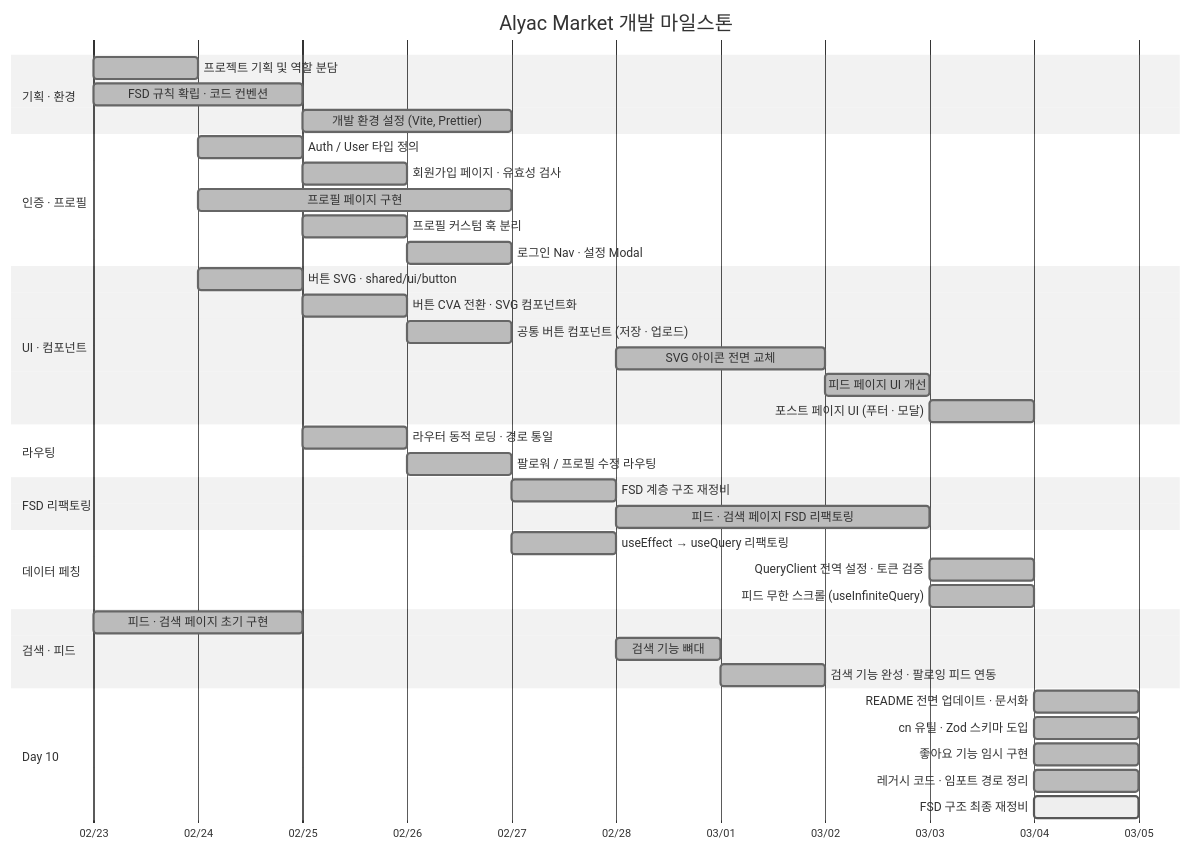
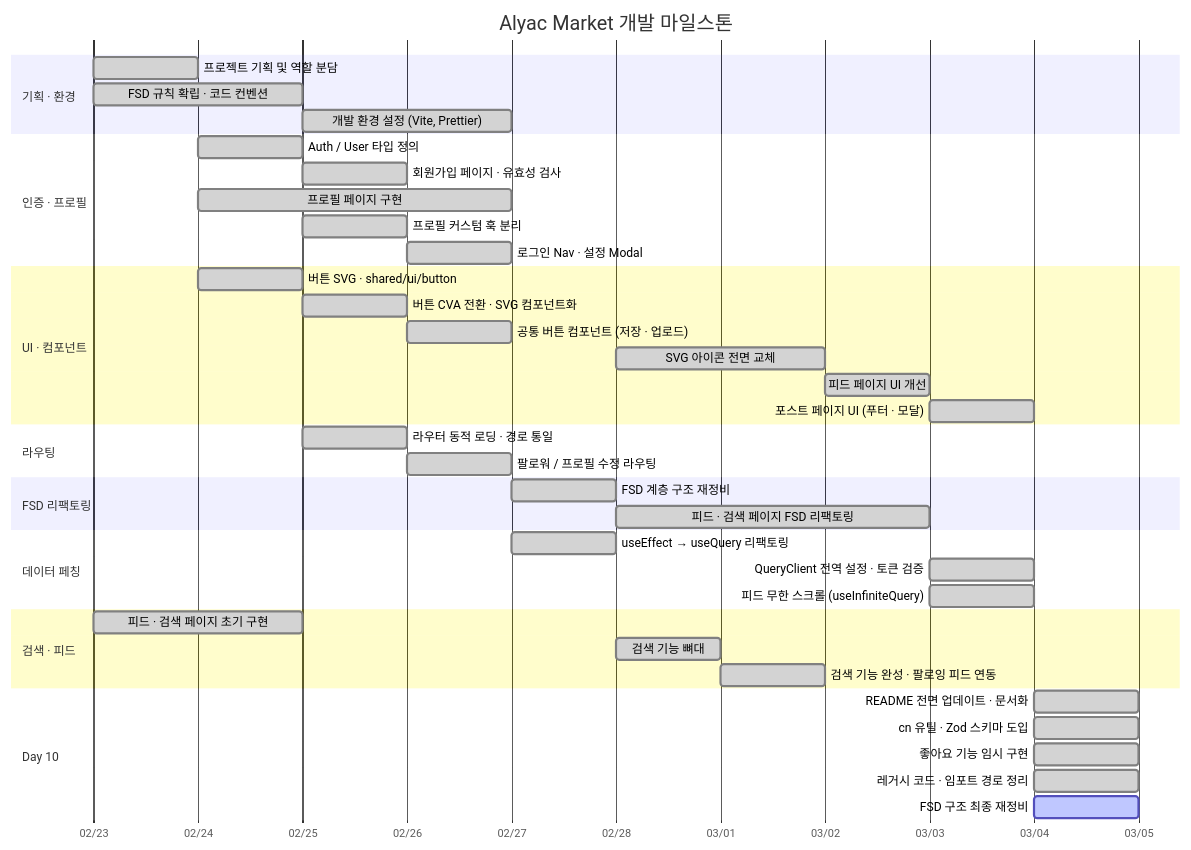
The first of 2 diagrams in README.md (3rd-project-team-1/ALYAC-market-team1), drawn with Mermaid before and after one commit.

Commit message:
docs:readme - 머메이드 수정중

````diff
--- a/README.md
+++ b/README.md
@@ -20,52 +20,51 @@
 ```mermaid
-%%{init: { 'theme': 'neutral' } }%%
 gantt
     title Alyac Market 개발 마일스톤
     dateFormat  YYYY-MM-DD
     axisFormat  %m/%d
 
     section 기획 · 환경
     프로젝트 기획 및 역할 분담          :done, d1,   2026-02-23, 1d
     FSD 규칙 확립 · 코드 컨벤션         :done, d1b,  2026-02-23, 2d
     개발 환경 설정 (Vite, Prettier)     :done, d3,   2026-02-25, 2d
 
     section 인증 · 프로필
     Auth / User 타입 정의               :done, d2a,  2026-02-24, 1d
     회원가입 페이지 · 유효성 검사        :done, d3a,  2026-02-25, 1d
     프로필 페이지 구현                   :done, d2b,  2026-02-24, 3d
     프로필 커스텀 훅 분리                :done, d3b,  2026-02-25, 1d
     로그인 Nav · 설정 Modal             :done, d4a,  2026-02-26, 1d
 
     section UI · 컴포넌트
     버튼 SVG · shared/ui/button         :done, d2c,  2026-02-24, 1d
     버튼 CVA 전환 · SVG 컴포넌트화      :done, d3c,  2026-02-25, 1d
     공통 버튼 컴포넌트 (저장 · 업로드)  :done, d4b,  2026-02-26, 1d
     SVG 아이콘 전면 교체                 :done, d6a,  2026-02-28, 2d
     피드 페이지 UI 개선                  :done, d8a,  2026-03-02, 1d
     포스트 페이지 UI (푸터 · 모달)       :done, d9a,  2026-03-03, 1d
 
     section 라우팅
     라우터 동적 로딩 · 경로 통일         :done, d3d,  2026-02-25, 1d
     팔로워 / 프로필 수정 라우팅          :done, d4c,  2026-02-26, 1d
 
     section FSD 리팩토링
     FSD 계층 구조 재정비                 :done, d5a,  2026-02-27, 1d
     피드 · 검색 페이지 FSD 리팩토링     :done, d6b,  2026-02-28, 3d
 
     section 데이터 페칭
     useEffect → useQuery 리팩토링       :done, d5b,  2026-02-27, 1d
     QueryClient 전역 설정 · 토큰 검증   :done, d9b,  2026-03-03, 1d
     피드 무한 스크롤 (useInfiniteQuery) :done, d9c,  2026-03-03, 1d
 
     section 검색 · 피드
     피드 · 검색 페이지 초기 구현         :done, d1c,  2026-02-23, 2d
     검색 기능 뼈대                        :done, d6c,  2026-02-28, 1d
     검색 기능 완성 · 팔로잉 피드 연동    :done, d7a,  2026-03-01, 1d
 
     section Day 10
     README 전면 업데이트 · 문서화        :done,   d10a, 2026-03-04, 1d
     cn 유틸 · Zod 스키마 도입            :done,   d10b, 2026-03-04, 1d
     좋아요 기능 임시 구현                :done,   d10c, 2026-03-04, 1d
     레거시 코드 · 임포트 경로 정리       :done,   d10d, 2026-03-04, 1d
     FSD 구조 최종 재정비                 :active, d10e, 2026-03-04, 1d
 ```
````
